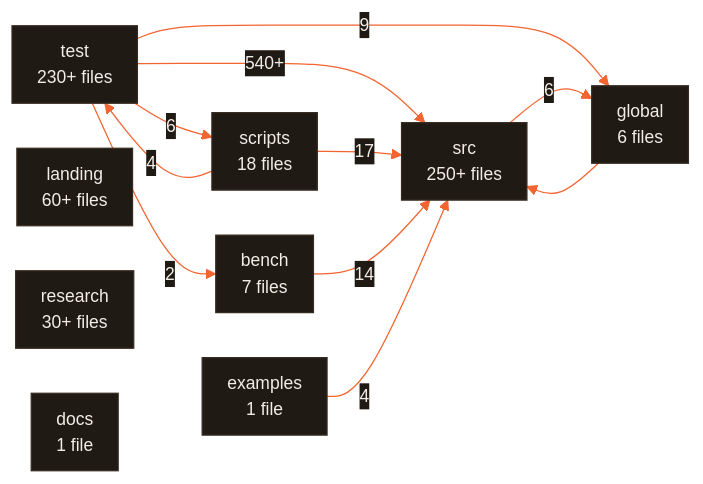
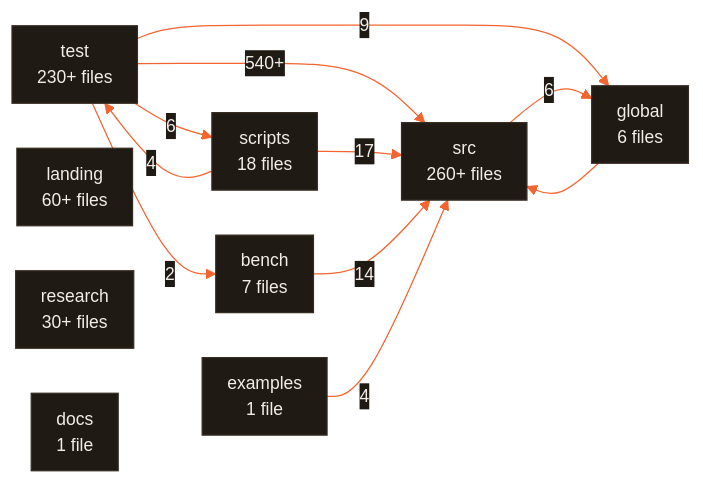
Before and after one commit to CodeWithJuber/forgekit: the diagram in ARCHITECTURE.md, drawn with Mermaid. The commit also changed other lines of this file and 10 other files, not shown here.

````diff
--- a/ARCHITECTURE.md
+++ b/ARCHITECTURE.md
@@ -714,23 +728,23 @@
 ```mermaid
 %%{init: {'theme':'base','themeVariables':{'primaryColor':'#201a15','primaryTextColor':'#f2ede7','primaryBorderColor':'#372c22','lineColor':'#f26430','secondaryColor':'#272019','tertiaryColor':'#171310','edgeLabelBackground':'#201a15','clusterBkg':'#171310','clusterBorder':'#4a3b2e','fontFamily':'ui-sans-serif, system-ui, sans-serif','fontSize':'14px'},'flowchart':{'curve':'basis','padding':10,'nodeSpacing':36,'rankSpacing':44}}}%%
 flowchart LR
-  src["src<br/>250+ files"]
+  src["src<br/>260+ files"]
   test["test<br/>230+ files"]
   landing["landing<br/>60+ files"]
   research["research<br/>30+ files"]
   scripts["scripts<br/>18 files"]
   bench["bench<br/>7 files"]
   global["global<br/>6 files"]
   docs["docs<br/>1 file"]
   examples["examples<br/>1 file"]
   test -- 540+ --> src
   scripts -- 17 --> src
   bench -- 14 --> src
   test -- 9 --> global
   src -- 6 --> global
   test -- 6 --> scripts
   examples -- 4 --> src
   scripts -- 4 --> test
   test -- 2 --> bench
   global --> src
 ```
````
